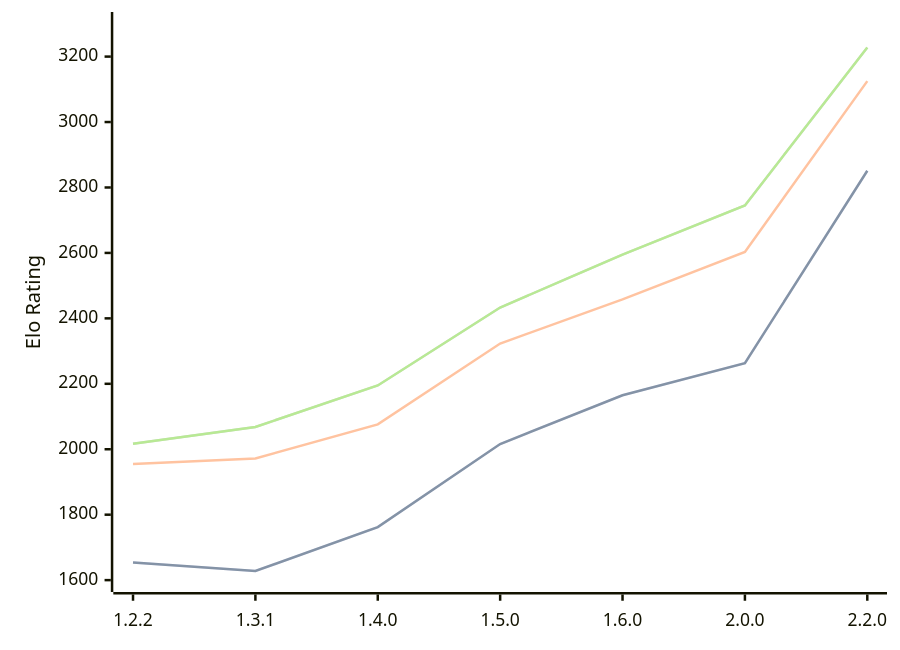
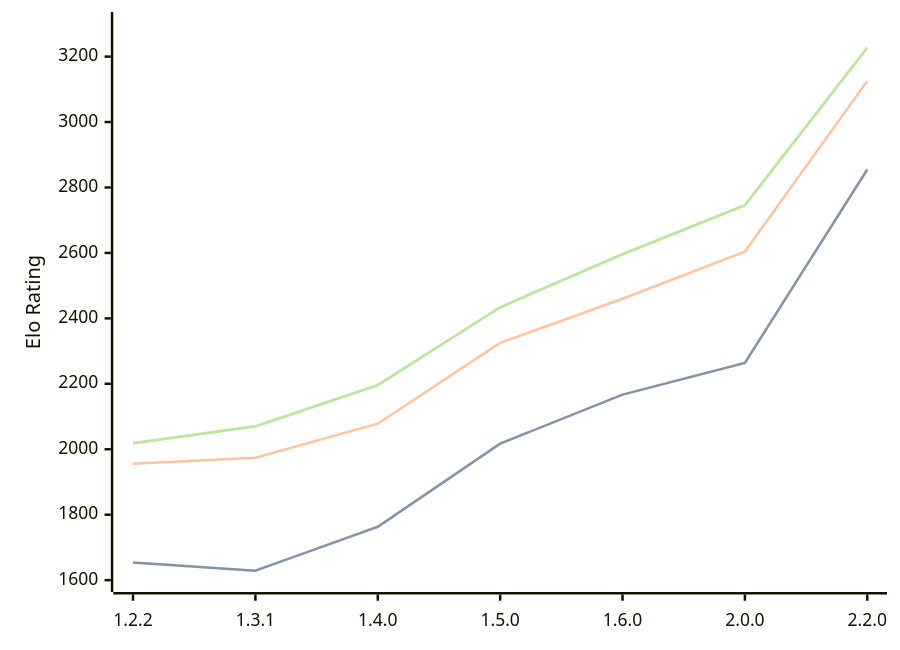
Before and after one commit to computer-chess-index/cci: the diagram in engines/SoloEngine.md, drawn with Mermaid. The commit also changed other lines of this file, not shown here.

Commit message:
Update CCI Ratings (ELO VLTC) - 2026-08-09

````diff
--- a/engines/SoloEngine.md
+++ b/engines/SoloEngine.md
@@ -38,11 +38,11 @@
 ```mermaid
 %%{init: {"theme":"base","themeVariables":{"seriesColors:['#a3a3a3','#222221','#faa371']}}}%%
 xychart-beta
   x-axis ["1.2.2", "1.3.1", "1.4.0", "1.5.0", "1.6.0", "2.0.0", "2.2.0"]
   y-axis "Elo Rating" 1600 --> 3300
-  line "STC (8.0+0.08s)" [1654, 1628, 1762, 2016, 2165, 2263, 2851]
-  line "STC (8.0+0.08s)" [1654, 1628, 1762, 2016, 2165, 2263, 2851]
-  line "LTC (60.0+0.60s)" [1955, 1972, 2076, 2323, 2458, 2603, 3125]
-  line "VLTC (2m24s+1.12s)" [2017, 2068, 2195, 2433, 2595, 2745, 3228]
-  line "VLTC (2m24s+1.12s)" [2017, 2068, 2195, 2433, 2595, 2745, 3228]
+  line "STC (8.0+0.08s)" [1654, 1629, 1763, 2017, 2167, 2264, 2855]
+  line "STC (8.0+0.08s)" [1654, 1629, 1763, 2017, 2167, 2264, 2855]
+  line "LTC (60.0+0.60s)" [1956, 1974, 2078, 2325, 2460, 2604, 3125]
+  line "VLTC (2m24s+1.12s)" [2018, 2070, 2196, 2434, 2596, 2746, 3227]
+  line "VLTC (2m24s+1.12s)" [2018, 2070, 2196, 2434, 2596, 2746, 3227]
 ```
````
